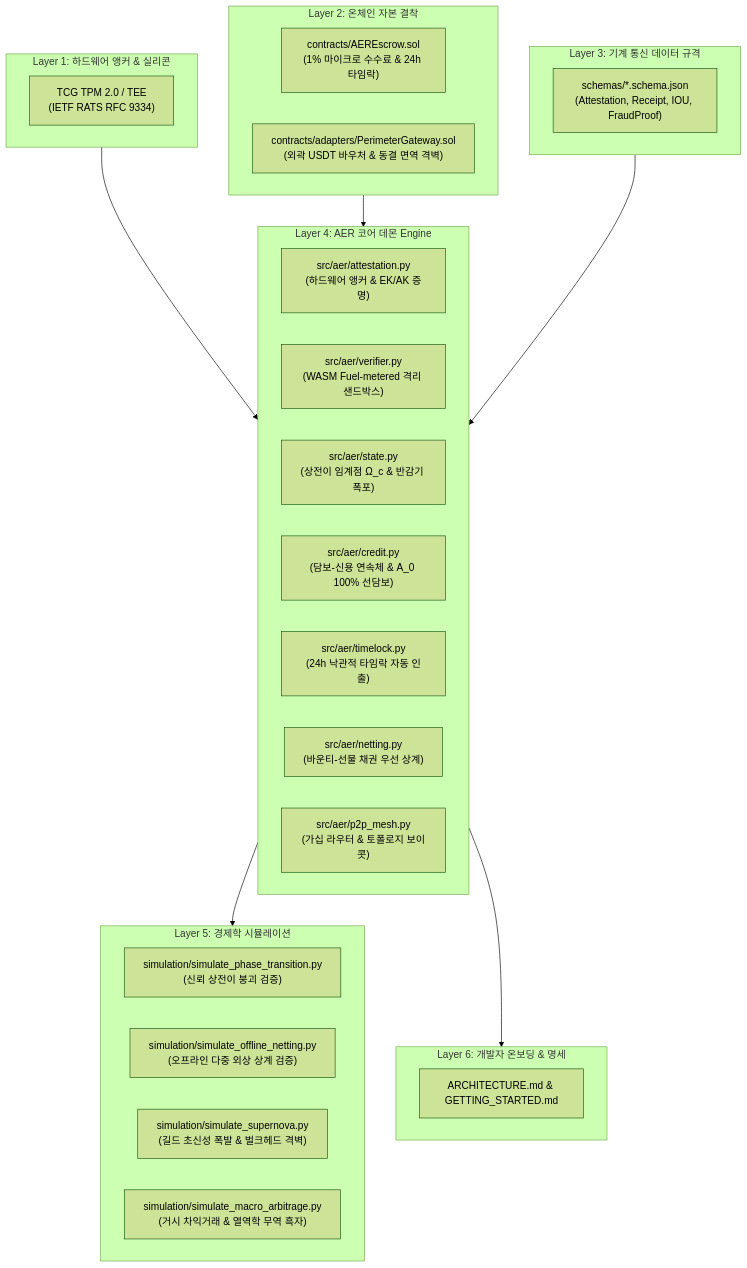
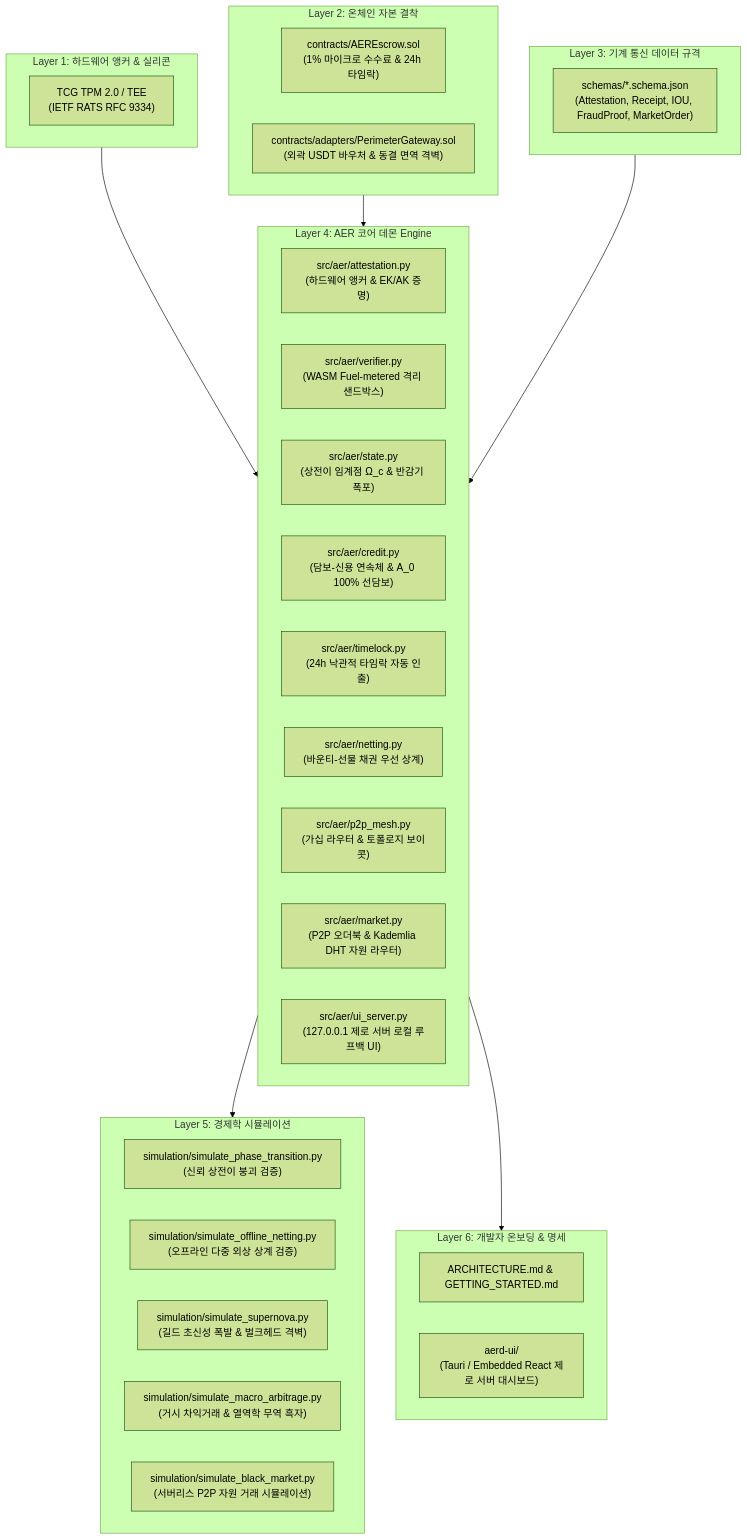
Before and after one commit to Team-Sequence-Thaumaturge/AER: the diagram in ROADMAP.ko.md, drawn with Mermaid (forest theme). The commit also changed other lines of this file and 5 other files, not shown here.

````diff
--- a/ROADMAP.ko.md
+++ b/ROADMAP.ko.md
@@ -8,42 +8,46 @@
 ```mermaid
 graph TD
     subgraph Layer1 [Layer 1: 하드웨어 앵커 & 실리콘]
         TPM["TCG TPM 2.0 / TEE<br/>(IETF RATS RFC 9334)"]
     end
 
     subgraph Layer2 [Layer 2: 온체인 자본 결착]
         Escrow["contracts/AEREscrow.sol<br/>(1% 마이크로 수수료 & 24h 타임락)"]
         Gateway["contracts/adapters/PerimeterGateway.sol<br/>(외곽 USDT 바우처 & 동결 면역 격벽)"]
     end
 
     subgraph Layer3 [Layer 3: 기계 통신 데이터 규격]
-        Schemas["schemas/*.schema.json<br/>(Attestation, Receipt, IOU, FraudProof)"]
+        Schemas["schemas/*.schema.json<br/>(Attestation, Receipt, IOU, FraudProof, MarketOrder)"]
     end
 
     subgraph Layer4 [Layer 4: AER 코어 데몬 Engine]
         Attest["src/aer/attestation.py<br/>(하드웨어 앵커 & EK/AK 증명)"]
         Verify["src/aer/verifier.py<br/>(WASM Fuel-metered 격리 샌드박스)"]
         State["src/aer/state.py<br/>(상전이 임계점 Ω_c & 반감기 폭포)"]
         Credit["src/aer/credit.py<br/>(담보-신용 연속체 & A_0 100% 선담보)"]
         Timelock["src/aer/timelock.py<br/>(24h 낙관적 타임락 자동 인출)"]
         Netting["src/aer/netting.py<br/>(바운티-선물 채권 우선 상계)"]
         Mesh["src/aer/p2p_mesh.py<br/>(가십 라우터 & 토폴로지 보이콧)"]
+        Market["src/aer/market.py<br/>(P2P 오더북 & Kademlia DHT 자원 라우터)"]
+        UIServer["src/aer/ui_server.py<br/>(127.0.0.1 제로 서버 로컬 루프백 UI)"]
     end
 
     subgraph Layer5 [Layer 5: 경제학 시뮬레이션]
         SimPhase["simulation/simulate_phase_transition.py<br/>(신뢰 상전이 붕괴 검증)"]
         SimNet["simulation/simulate_offline_netting.py<br/>(오프라인 다중 외상 상계 검증)"]
         SimSuper["simulation/simulate_supernova.py<br/>(길드 초신성 폭발 & 벌크헤드 격벽)"]
         SimMacro["simulation/simulate_macro_arbitrage.py<br/>(거시 차익거래 & 열역학 무역 흑자)"]
+        SimMarket["simulation/simulate_black_market.py<br/>(서버리스 P2P 자원 거래 시뮬레이션)"]
     end
 
     subgraph Layer6 [Layer 6: 개발자 온보딩 & 명세]
         Docs["ARCHITECTURE.md & GETTING_STARTED.md"]
+        AERStation["aerd-ui/<br/>(Tauri / Embedded React 제로 서버 대시보드)"]
     end
 
     Layer1 --> Layer4
     Layer2 --> Layer4
     Layer3 --> Layer4
     Layer4 --> Layer5
     Layer4 --> Layer6
 ```
````
